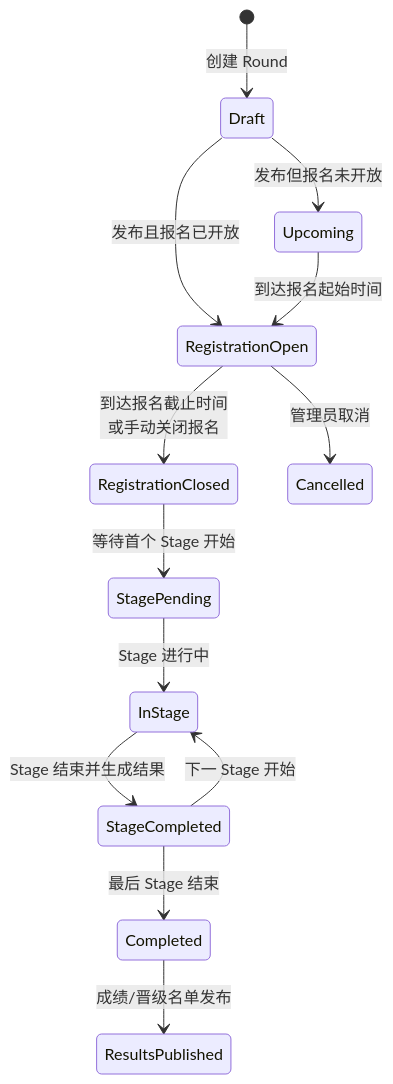
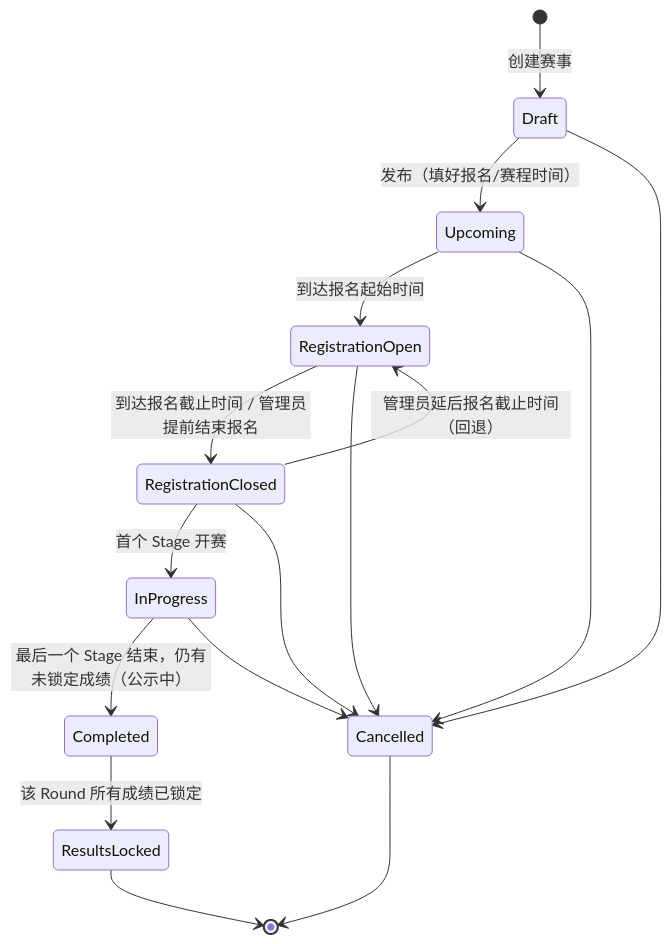
One commit to SagaLinZP/Racing-Arcade changed the seventh of 13 diagrams in PRD.md. Above: the diagram before and after it, drawn with Mermaid. The commit also changed other lines of this file and 62 other files, not shown here.

First line of the commit message:
feat: 前台迁移到 Competition/Round/Stage/Split 四层模型 + UX 优化

````diff
--- a/PRD.md
+++ b/PRD.md
@@ -849,15 +918,18 @@
 ```mermaid
 stateDiagram-v2
-    [*] --> Draft: 创建 Round
-    Draft --> Upcoming: 发布但报名未开放
-    Draft --> RegistrationOpen: 发布且报名已开放
+    [*] --> Draft: 创建赛事
+    Draft --> Upcoming: 发布（填好报名/赛程时间）
     Upcoming --> RegistrationOpen: 到达报名起始时间
-    RegistrationOpen --> RegistrationClosed: 到达报名截止时间<br/>或手动关闭报名
-    RegistrationOpen --> Cancelled: 管理员取消
-    RegistrationClosed --> StagePending: 等待首个 Stage 开始
-    StagePending --> InStage: Stage 进行中
-    InStage --> StageCompleted: Stage 结束并生成结果
-    StageCompleted --> InStage: 下一 Stage 开始
-    StageCompleted --> Completed: 最后 Stage 结束
-    Completed --> ResultsPublished: 成绩/晋级名单发布
+    RegistrationOpen --> RegistrationClosed: 到达报名截止时间 / 管理员提前结束报名
+    RegistrationClosed --> RegistrationOpen: 管理员延后报名截止时间（回退）
+    RegistrationClosed --> InProgress: 首个 Stage 开赛
+    InProgress --> Completed: 最后一个 Stage 结束，仍有未锁定成绩（公示中）
+    Completed --> ResultsLocked: 该 Round 所有成绩已锁定
+    ResultsLocked --> [*]
+    Draft --> Cancelled
+    Upcoming --> Cancelled
+    RegistrationOpen --> Cancelled
+    RegistrationClosed --> Cancelled
+    InProgress --> Cancelled
+    Cancelled --> [*]
 ```
````
